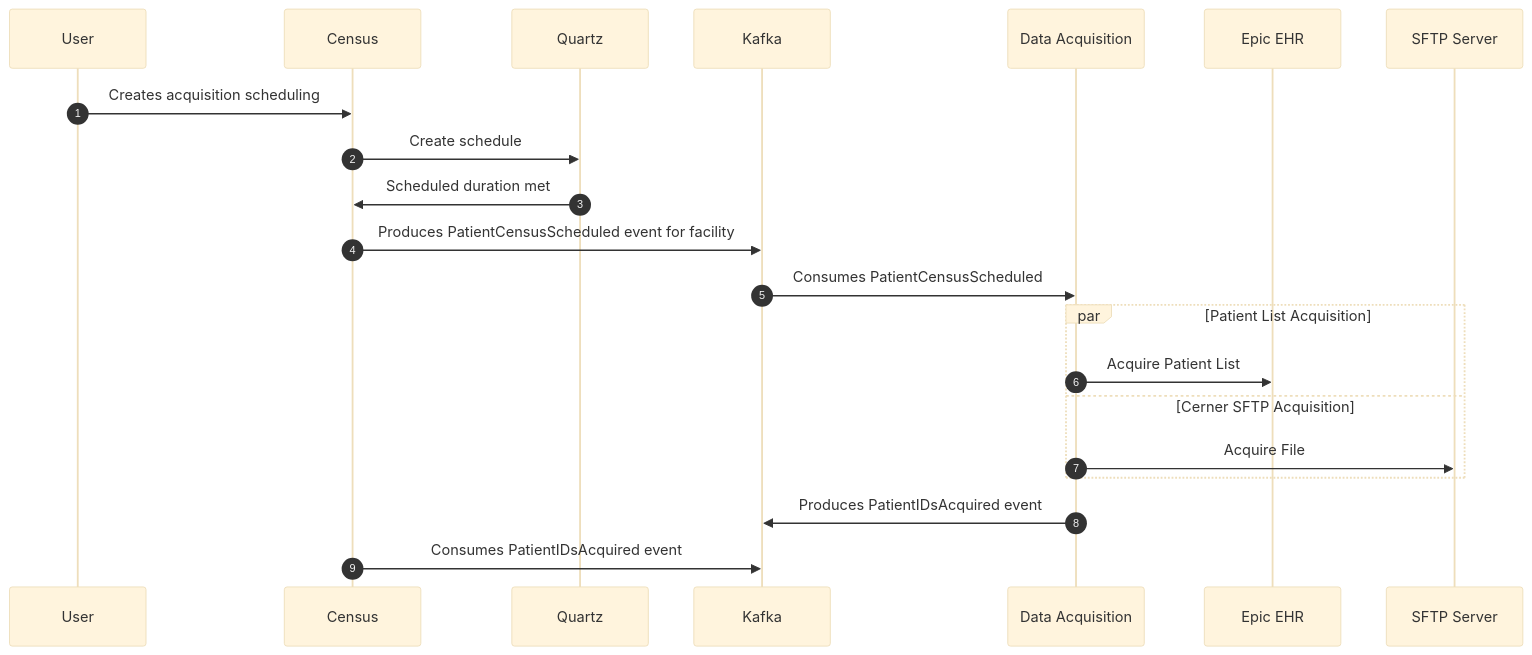
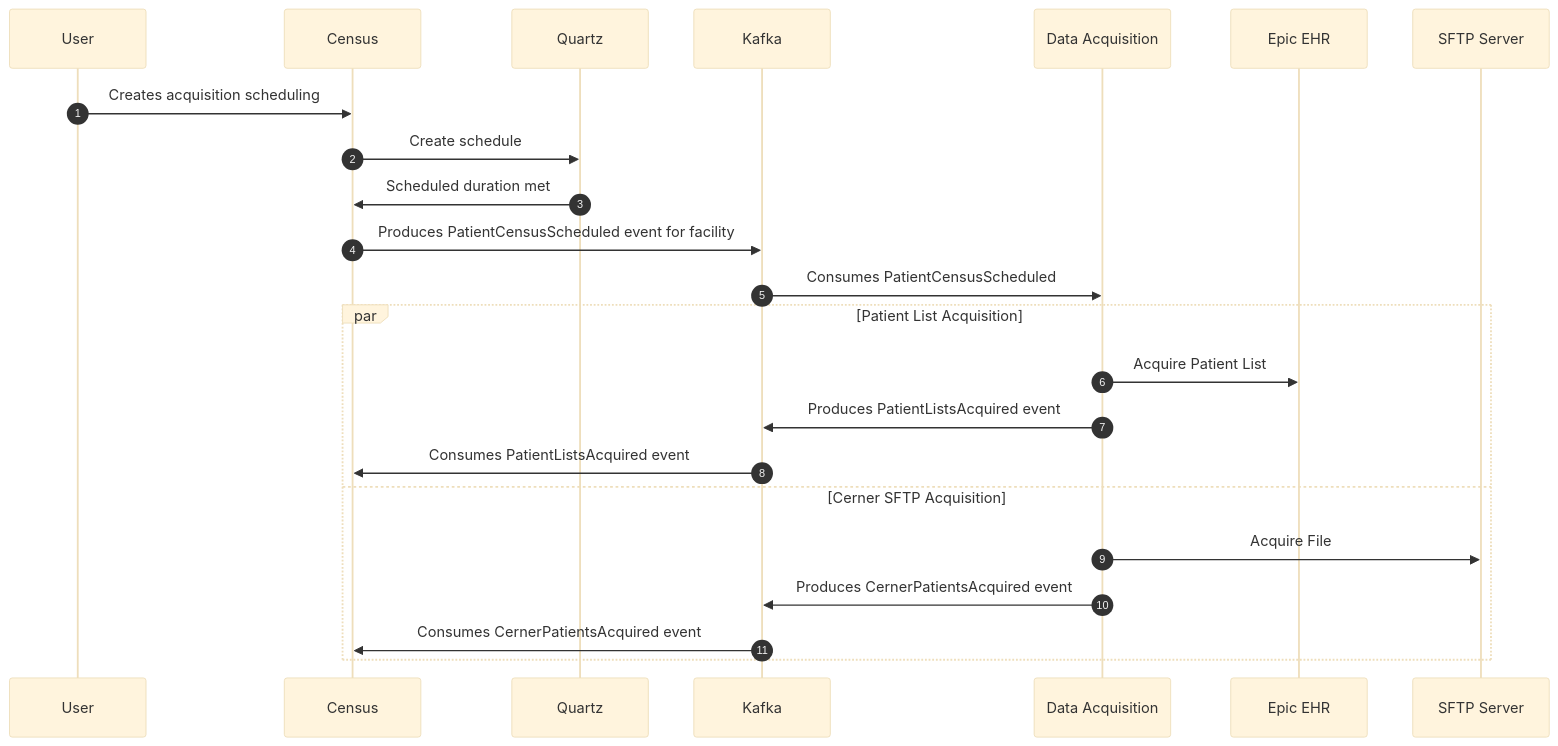
The third of 11 diagrams in docs/docs/proposals/tenant-multi-facility-proposal.mdx (lantanagroup/link-cloud), drawn with Mermaid (base theme) before and after one commit. The commit also changed other lines of this file, not shown here.

Commit message:
Fixed Census sequence diagram

````diff
--- a/docs/docs/proposals/tenant-multi-facility-proposal.mdx
+++ b/docs/docs/proposals/tenant-multi-facility-proposal.mdx
@@ -88,16 +88,18 @@
 ```mermaid
 sequenceDiagram
 	autonumber
 	User->>Census: Creates acquisition scheduling
 	Census->>Quartz: Create schedule
 	Quartz->>Census: Scheduled duration met
 	Census->>Kafka: Produces PatientCensusScheduled event for facility
 	Kafka->>Data Acquisition: Consumes PatientCensusScheduled
 	par Patient List Acquisition
 		Data Acquisition->>Epic EHR: Acquire Patient List
+		Data Acquisition->>Kafka: Produces PatientListsAcquired event
+		Kafka->>Census: Consumes PatientListsAcquired event			
 	and Cerner SFTP Acquisition
 		Data Acquisition->>SFTP Server: Acquire File
+		Data Acquisition->>Kafka: Produces CernerPatientsAcquired event
+		Kafka->>Census: Consumes CernerPatientsAcquired event			
 	end
-	Data Acquisition->>Kafka: Produces PatientIDsAcquired event
-	Census->>Kafka: Consumes PatientIDsAcquired event			
 ```
````
